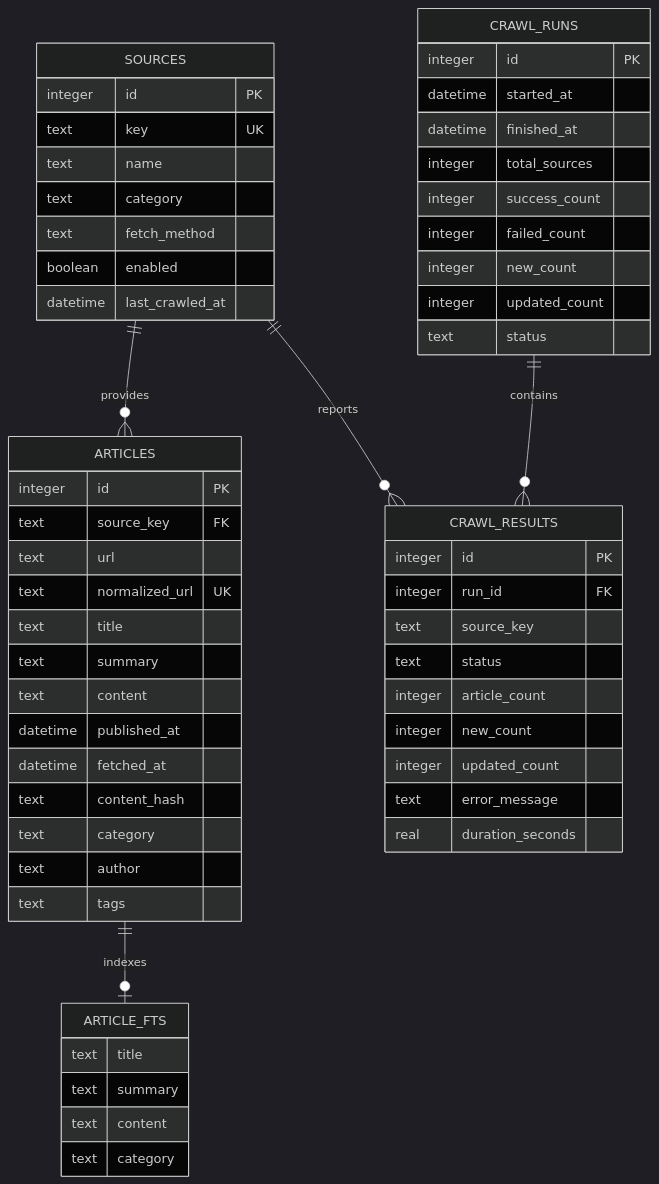
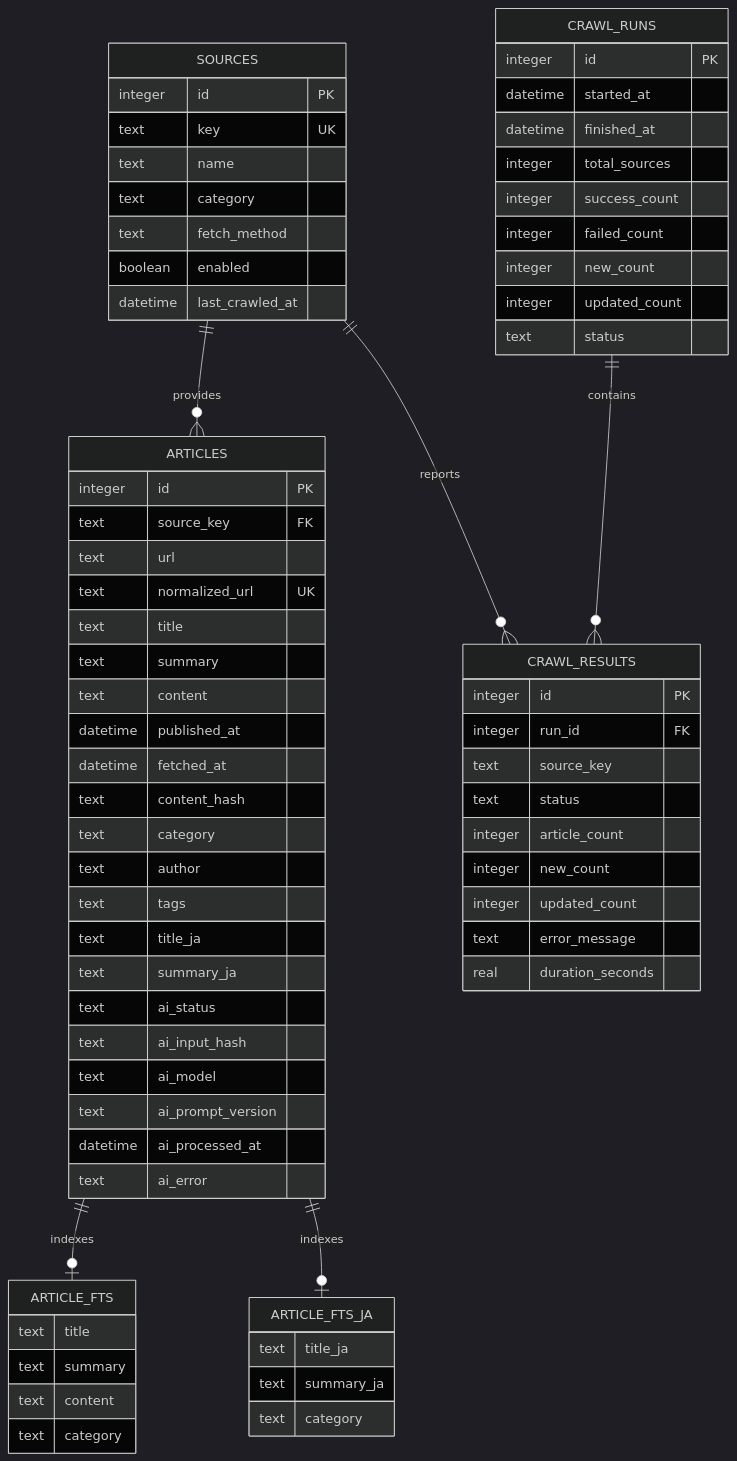
One commit to norizou/news_crawler changed the third of 3 diagrams in Idea_memo.md. Above: the diagram before and after it, drawn with Mermaid (dark theme). The commit also changed other lines of this file and 27 other files, not shown here.

````diff
--- a/Idea_memo.md
+++ b/Idea_memo.md
@@ -91,59 +100,73 @@
 ```mermaid
 erDiagram
     SOURCES ||--o{ ARTICLES : provides
     SOURCES ||--o{ CRAWL_RESULTS : reports
     CRAWL_RUNS ||--o{ CRAWL_RESULTS : contains
     ARTICLES ||--o| ARTICLE_FTS : indexes
+    ARTICLES ||--o| ARTICLE_FTS_JA : indexes
     SOURCES {
         integer id PK
         text key UK
         text name
         text category
         text fetch_method
         boolean enabled
         datetime last_crawled_at
     }
     ARTICLES {
         integer id PK
         text source_key FK
         text url
         text normalized_url UK
         text title
         text summary
         text content
         datetime published_at
         datetime fetched_at
         text content_hash
         text category
         text author
         text tags
+        text title_ja
+        text summary_ja
+        text ai_status
+        text ai_input_hash
+        text ai_model
+        text ai_prompt_version
+        datetime ai_processed_at
+        text ai_error
     }
     CRAWL_RUNS {
         integer id PK
         datetime started_at
         datetime finished_at
         integer total_sources
         integer success_count
         integer failed_count
         integer new_count
         integer updated_count
         text status
     }
     CRAWL_RESULTS {
         integer id PK
         integer run_id FK
         text source_key
         text status
         integer article_count
         integer new_count
         integer updated_count
         text error_message
         real duration_seconds
     }
     ARTICLE_FTS {
         text title
         text summary
         text content
         text category
     }
+    ARTICLE_FTS_JA {
+        text title_ja
+        text summary_ja
+        text category
+    }
 ```
````
